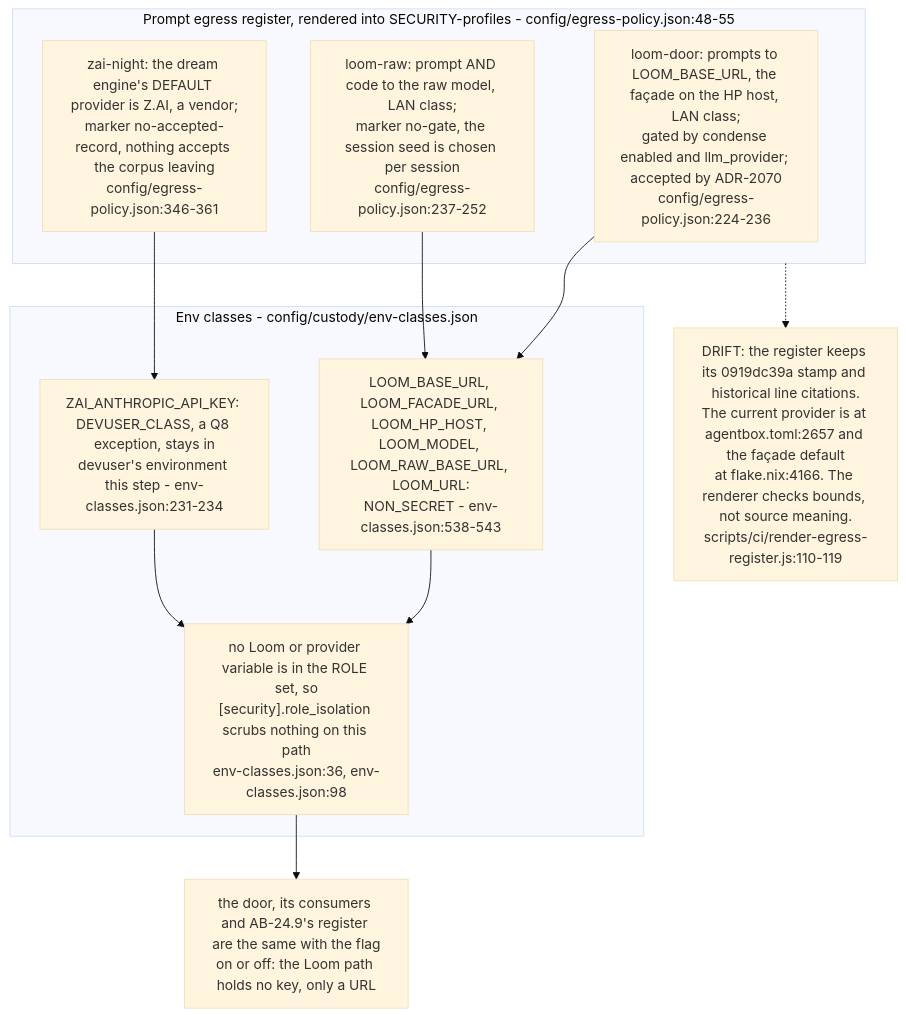
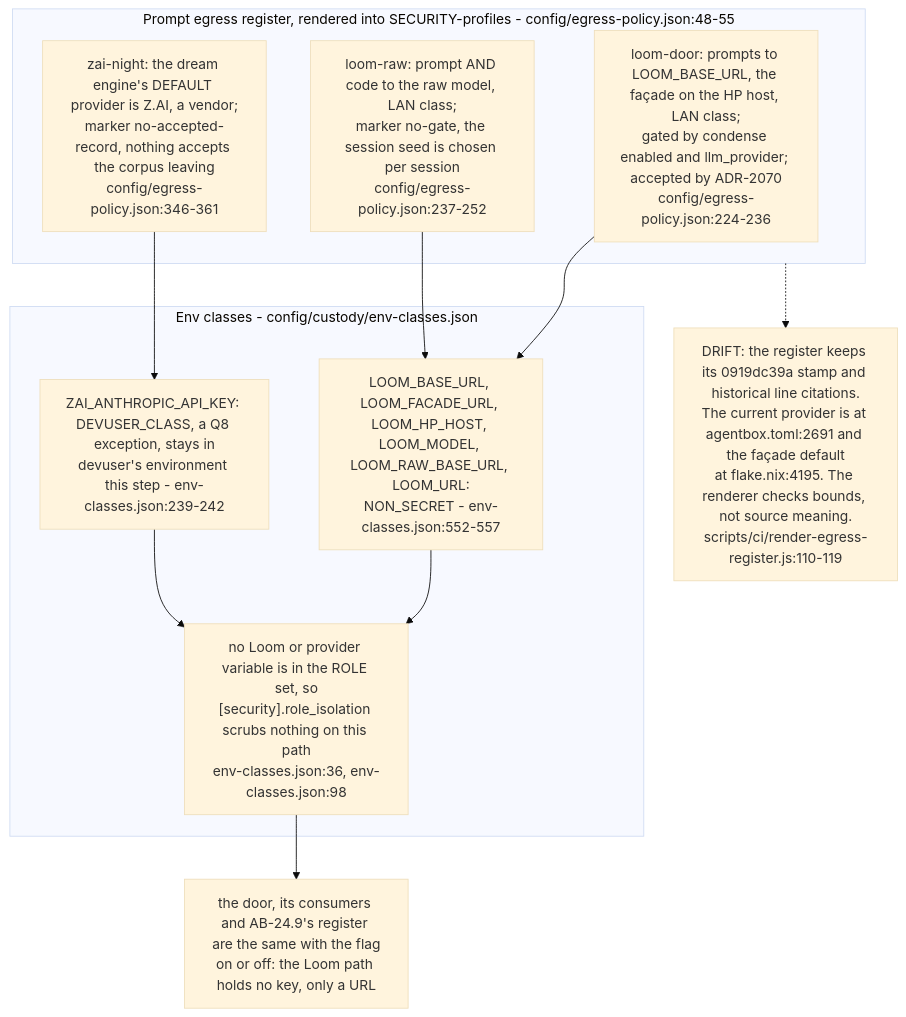
One commit to DreamLab-AI/VisionFlow changed diagram 13 of 14 in docs/diagrams/agentbox/24-loom-facade.md. Above: the diagram before and after it, drawn with Mermaid (base theme). The commit also changed other lines of this file and 7 other files, not shown here.

````diff
--- a/docs/diagrams/agentbox/24-loom-facade.md
+++ b/docs/diagrams/agentbox/24-loom-facade.md
@@ -500,20 +501,20 @@
 ```mermaid
 flowchart TB
     subgraph reg["Prompt egress register, rendered into SECURITY-profiles - config/egress-policy.json:48-55"]
         R1["loom-door: prompts to LOOM_BASE_URL, the façade on the HP host, LAN class;<br/>gated by condense enabled and llm_provider; accepted by ADR-2070<br/>config/egress-policy.json:224-236"]
         R2["loom-raw: prompt AND code to the raw model, LAN class;<br/>marker no-gate, the session seed is chosen per session<br/>config/egress-policy.json:237-252"]
         R3["zai-night: the dream engine's DEFAULT provider is Z.AI, a vendor;<br/>marker no-accepted-record, nothing accepts the corpus leaving<br/>config/egress-policy.json:346-361"]
     end
     subgraph cls["Env classes - config/custody/env-classes.json"]
-        C1["LOOM_BASE_URL, LOOM_FACADE_URL, LOOM_HP_HOST, LOOM_MODEL, LOOM_RAW_BASE_URL, LOOM_URL:<br/>NON_SECRET - env-classes.json:538-543"]
-        C2["ZAI_ANTHROPIC_API_KEY: DEVUSER_CLASS, a Q8 exception, stays in<br/>devuser's environment this step - env-classes.json:231-234"]
+        C1["LOOM_BASE_URL, LOOM_FACADE_URL, LOOM_HP_HOST, LOOM_MODEL, LOOM_RAW_BASE_URL, LOOM_URL:<br/>NON_SECRET - env-classes.json:552-557"]
+        C2["ZAI_ANTHROPIC_API_KEY: DEVUSER_CLASS, a Q8 exception, stays in<br/>devuser's environment this step - env-classes.json:239-242"]
         C3["no Loom or provider variable is in the ROLE set, so<br/>[security].role_isolation scrubs nothing on this path<br/>env-classes.json:36, env-classes.json:98"]
     end
     R1 --> C1
     R2 --> C1
     R3 --> C2
     C1 --> C3
     C2 --> C3
     C3 --> SAME["the door, its consumers and AB-24.9's register are the same with the flag<br/>on or off: the Loom path holds no key, only a URL"]
-    reg -.-> DR["DRIFT: the register keeps its 0919dc39a stamp and historical line citations.<br/>The current provider is at agentbox.toml:2657 and the façade default<br/>at flake.nix:4166. The renderer checks bounds, not source meaning.<br/>scripts/ci/render-egress-register.js:110-119"]
+    reg -.-> DR["DRIFT: the register keeps its 0919dc39a stamp and historical line citations.<br/>The current provider is at agentbox.toml:2691 and the façade default<br/>at flake.nix:4195. The renderer checks bounds, not source meaning.<br/>scripts/ci/render-egress-register.js:110-119"]
 ```
````
